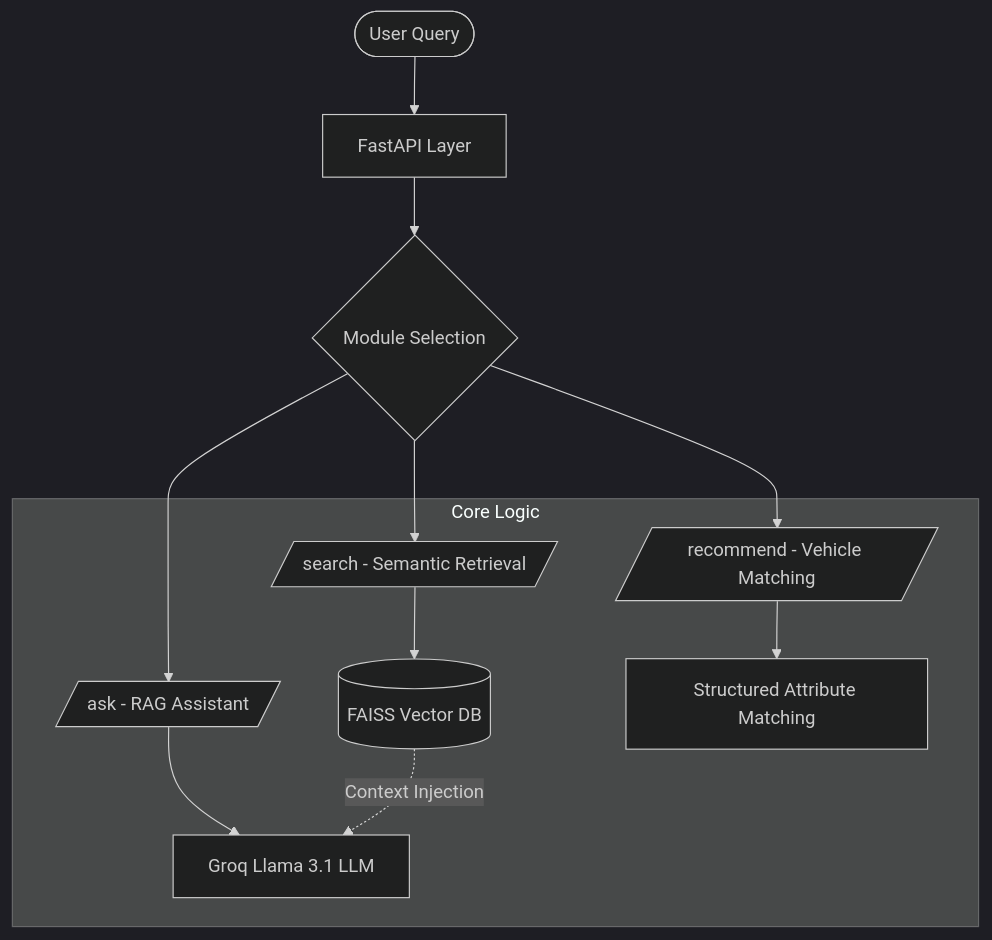
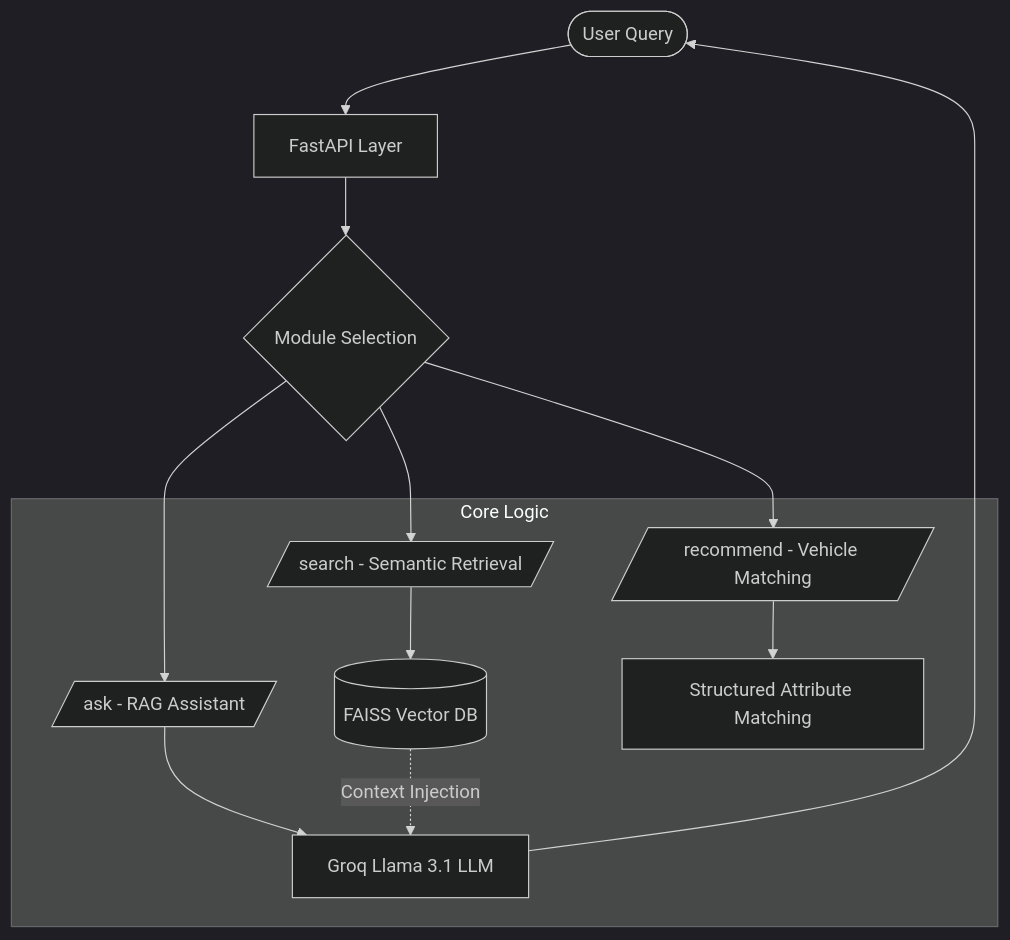
One commit to deepuzz11/automotive-ai-rag-assistant changed the diagram in README.md. Above: the diagram before and after it, drawn with Mermaid (dark theme). The commit also changed other lines of this file and 5 other files, not shown here.

````diff
--- a/README.md
+++ b/README.md
@@ -129,17 +133,18 @@
 ```mermaid
 graph TD
     User([User Query]) --> API[FastAPI Layer]
     API --> Intent{Module Selection}
     
     Intent --> Search[/search - Semantic Retrieval/]
     Intent --> Ask[/ask - RAG Assistant/]
     Intent --> Rec[/recommend - Vehicle Matching/]
     
     subgraph "Core Logic"
         Search --> FAISS[(FAISS Vector DB)]
         Ask --> Groq[Groq Llama 3.1 LLM]
         Rec --> Filtering[Structured Attribute Matching]
     end
     
     FAISS -.->|Context Injection| Groq
+    Groq --> User
 ```
````
